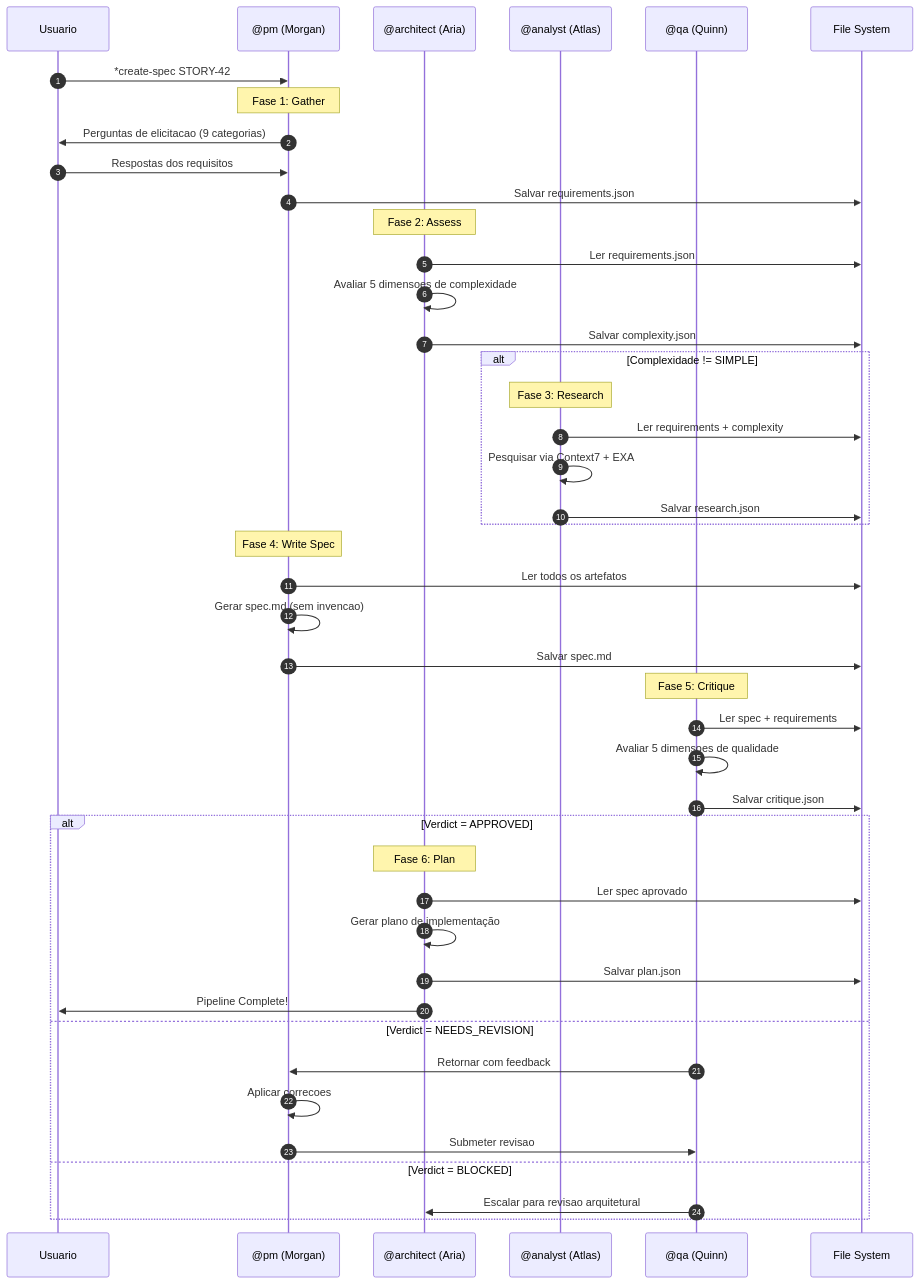
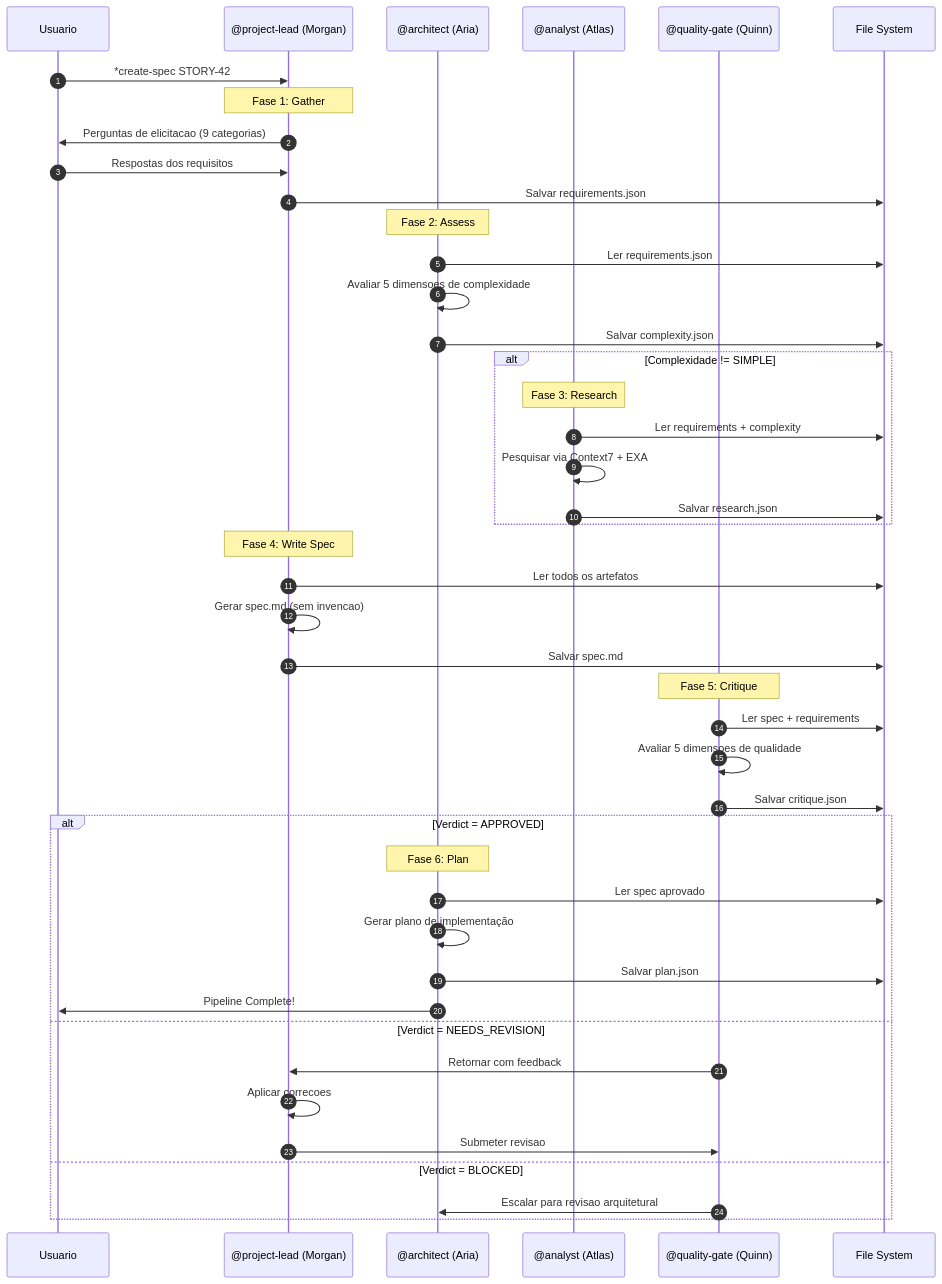
Before and after one commit to caioimori/sinapse-ai: the third of 17 diagrams in docs/sinapse-workflows/spec-pipeline-workflow.md, drawn with Mermaid. The commit also changed other lines of this file and 873 other files, not shown here.

````diff
--- a/docs/sinapse-workflows/spec-pipeline-workflow.md
+++ b/docs/sinapse-workflows/spec-pipeline-workflow.md
@@ -162,53 +162,53 @@
 ```mermaid
 sequenceDiagram
     autonumber
     participant U as Usuario
-    participant PM as @pm (Morgan)
+    participant PM as @project-lead (Morgan)
     participant AR as @architect (Aria)
     participant AN as @analyst (Atlas)
-    participant QA as @qa (Quinn)
+    participant QA as @quality-gate (Quinn)
     participant FS as File System
 
     U->>PM: *create-spec STORY-42
 
     Note over PM: Fase 1: Gather
     PM->>U: Perguntas de elicitacao (9 categorias)
     U->>PM: Respostas dos requisitos
     PM->>FS: Salvar requirements.json
 
     Note over AR: Fase 2: Assess
     AR->>FS: Ler requirements.json
     AR->>AR: Avaliar 5 dimensoes de complexidade
     AR->>FS: Salvar complexity.json
 
     alt Complexidade != SIMPLE
         Note over AN: Fase 3: Research
         AN->>FS: Ler requirements + complexity
         AN->>AN: Pesquisar via Context7 + EXA
         AN->>FS: Salvar research.json
     end
 
     Note over PM: Fase 4: Write Spec
     PM->>FS: Ler todos os artefatos
     PM->>PM: Gerar spec.md (sem invencao)
     PM->>FS: Salvar spec.md
 
     Note over QA: Fase 5: Critique
     QA->>FS: Ler spec + requirements
     QA->>QA: Avaliar 5 dimensoes de qualidade
     QA->>FS: Salvar critique.json
 
     alt Verdict = APPROVED
         Note over AR: Fase 6: Plan
         AR->>FS: Ler spec aprovado
         AR->>AR: Gerar plano de implementação
         AR->>FS: Salvar plan.json
         AR->>U: Pipeline Complete!
     else Verdict = NEEDS_REVISION
         QA->>PM: Retornar com feedback
         PM->>PM: Aplicar correcoes
         PM->>QA: Submeter revisao
     else Verdict = BLOCKED
         QA->>AR: Escalar para revisao arquitetural
     end
 ```
````
